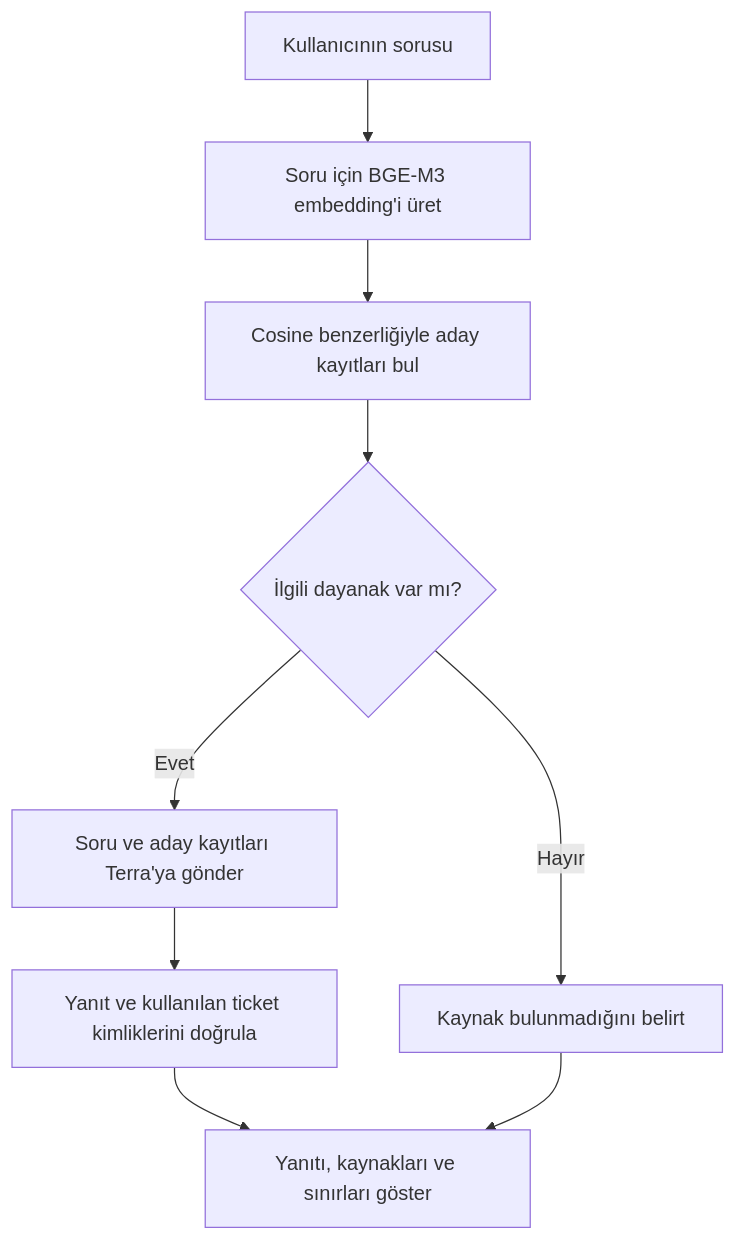
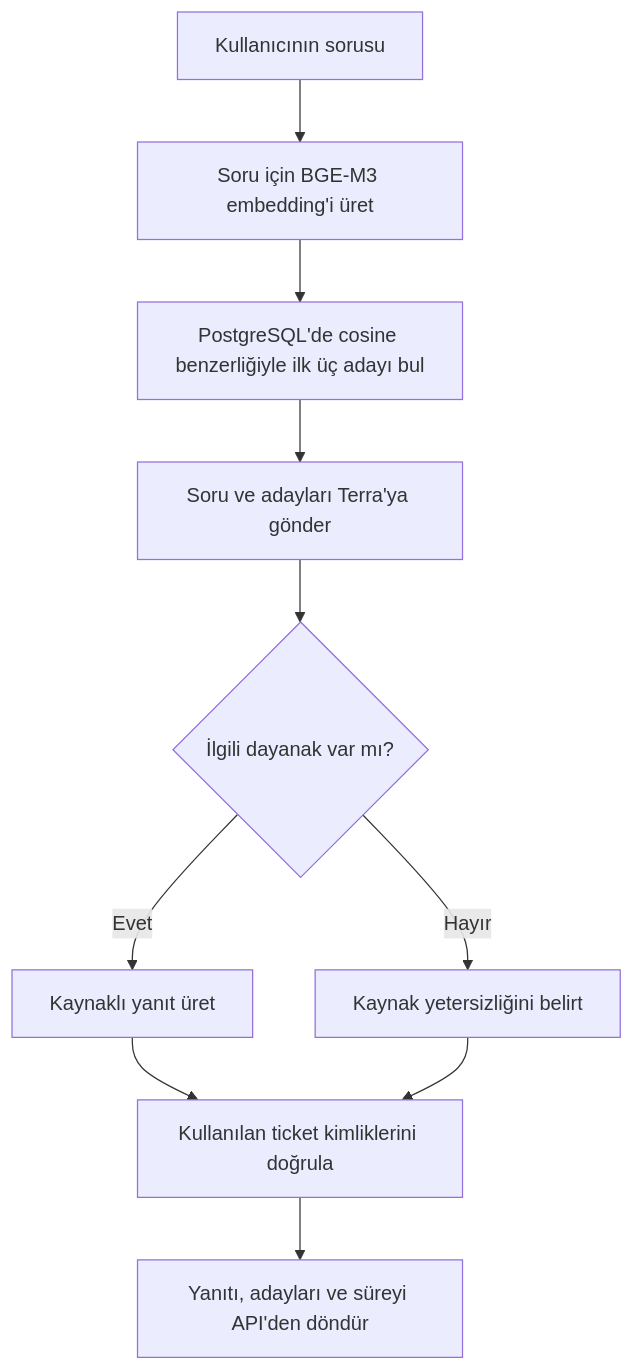
Before and after one commit to eminenurkazan/ai-muhendis-chatbot: the second of 2 diagrams in RAG_Akisi.md, drawn with Mermaid. The commit also changed other lines of this file and 26 other files, not shown here.

````diff
--- a/RAG_Akisi.md
+++ b/RAG_Akisi.md
@@ -32,11 +31,12 @@
 ```mermaid
 flowchart TD
     A["Kullanıcının sorusu"] --> B["Soru için BGE-M3 embedding'i üret"]
-    B --> C["Cosine benzerliğiyle aday kayıtları bul"]
-    C --> D{"İlgili dayanak var mı?"}
-    D -->|Evet| E["Soru ve aday kayıtları Terra'ya gönder"]
-    D -->|Hayır| F["Kaynak bulunmadığını belirt"]
-    E --> G["Yanıt ve kullanılan ticket kimliklerini doğrula"]
-    G --> H["Yanıtı, kaynakları ve sınırları göster"]
-    F --> H
+    B --> C["PostgreSQL'de cosine benzerliğiyle ilk üç adayı bul"]
+    C --> D["Soru ve adayları Terra'ya gönder"]
+    D --> E{"İlgili dayanak var mı?"}
+    E -->|Evet| F["Kaynaklı yanıt üret"]
+    E -->|Hayır| G["Kaynak yetersizliğini belirt"]
+    F --> H["Kullanılan ticket kimliklerini doğrula"]
+    G --> H
+    H --> I["Yanıtı, adayları ve süreyi API'den döndür"]
 ```
````
